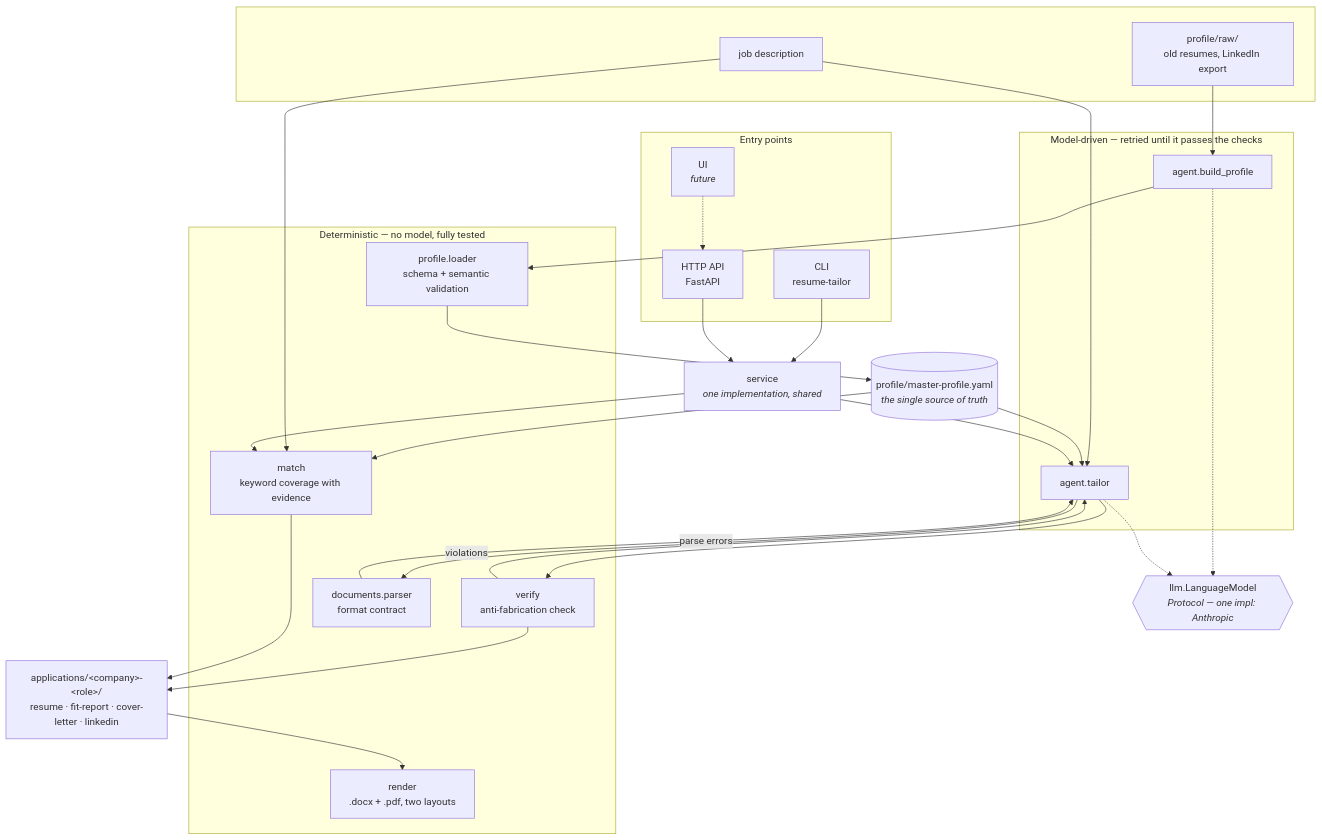
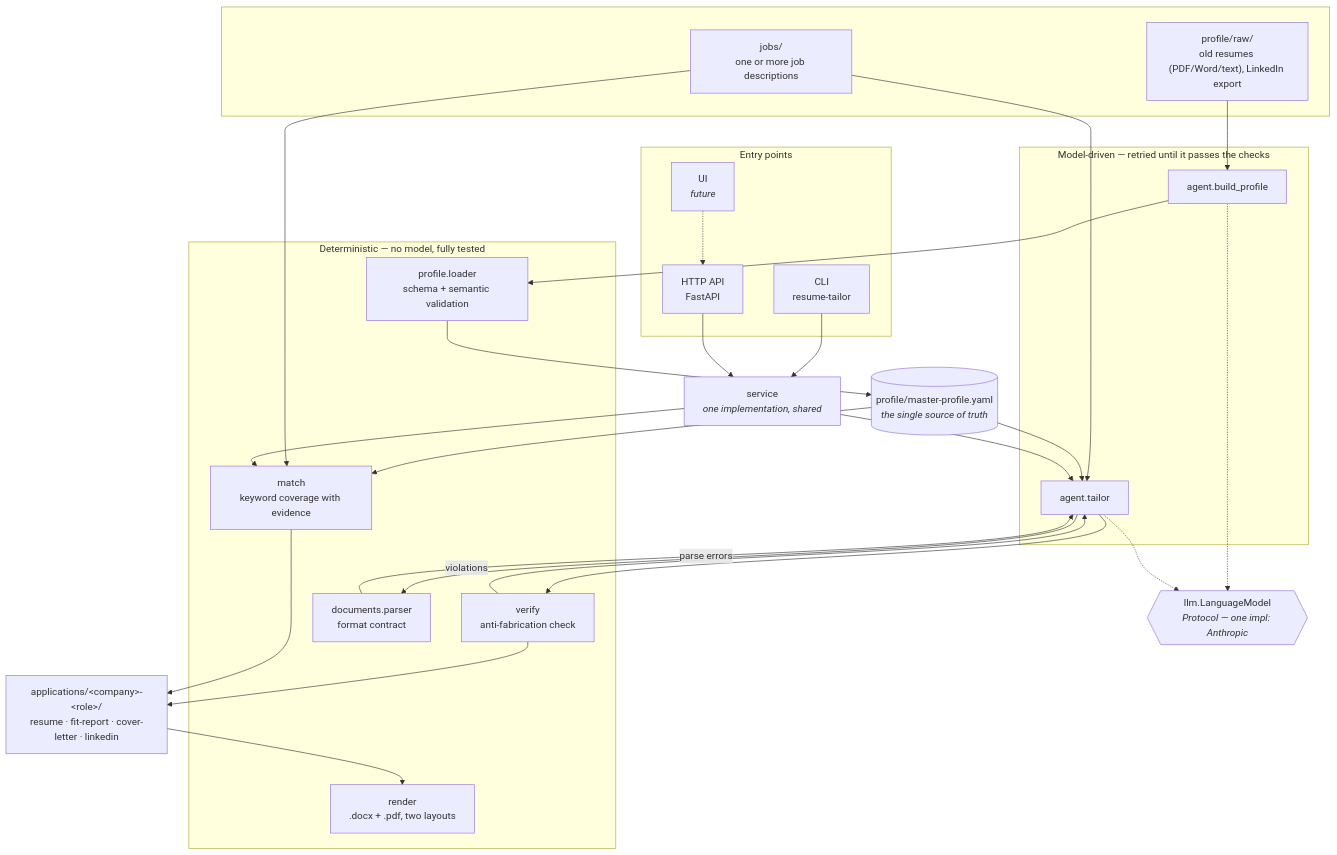
The diagram in reference/ARCHITECTURE.md (Joel-OConnor/Resume-Tailor), drawn with Mermaid before and after one commit. The commit also changed 25 other files, not shown here.

````diff
--- a/reference/ARCHITECTURE.md
+++ b/reference/ARCHITECTURE.md
@@ -7,53 +7,53 @@
 ```mermaid
 flowchart TB
     subgraph inputs [" "]
-        raw["profile/raw/<br/>old resumes, LinkedIn export"]
-        jd["job description"]
+        raw["profile/raw/<br/>old resumes (PDF/Word/text), LinkedIn export"]
+        jd["jobs/<br/>one or more job descriptions"]
     end
 
     yaml[("profile/master-profile.yaml<br/><i>the single source of truth</i>")]
 
     subgraph det ["Deterministic — no model, fully tested"]
         loader["profile.loader<br/>schema + semantic validation"]
         match["match<br/>keyword coverage with evidence"]
         verify["verify<br/>anti-fabrication check"]
         docs["documents.parser<br/>format contract"]
         render["render<br/>.docx + .pdf, two layouts"]
     end
 
     subgraph agentic ["Model-driven — retried until it passes the checks"]
         build["agent.build_profile"]
         tailor["agent.tailor"]
     end
 
     llm{{"llm.LanguageModel<br/><i>Protocol — one impl: Anthropic</i>"}}
 
     raw --> build --> loader --> yaml
     jd --> tailor
     yaml --> tailor
     yaml --> match
     jd --> match
     build -.-> llm
     tailor -.-> llm
     tailor --> docs
     tailor --> verify
     verify -- "violations" --> tailor
     docs -- "parse errors" --> tailor
     verify --> out
     match --> out
 
     out["applications/&lt;company&gt;-&lt;role&gt;/<br/>resume · fit-report · cover-letter · linkedin"]
     out --> render
 
     subgraph surfaces ["Entry points"]
         cli["CLI<br/>resume-tailor"]
         api["HTTP API<br/>FastAPI"]
         ui["UI<br/><i>future</i>"]
     end
 
     cli --> service
     api --> service
     ui -.-> api
     service["service<br/><i>one implementation, shared</i>"] --> tailor
     service --> match
 ```
````
